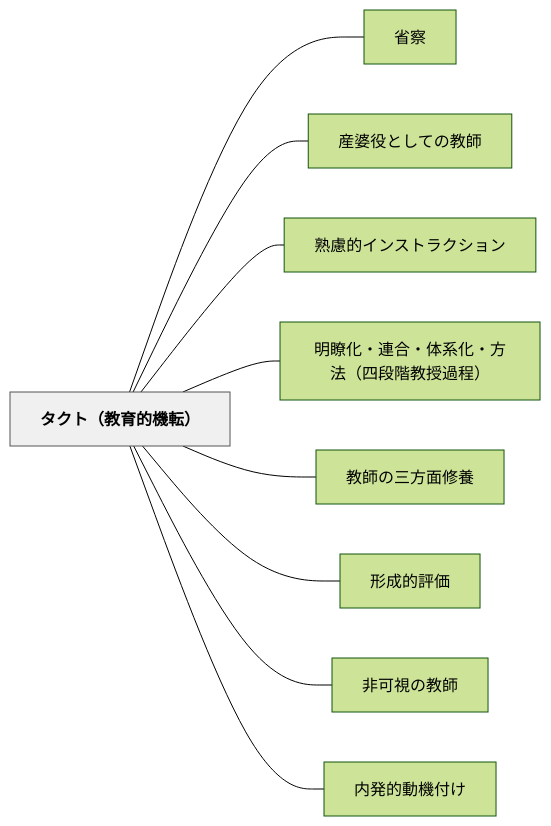
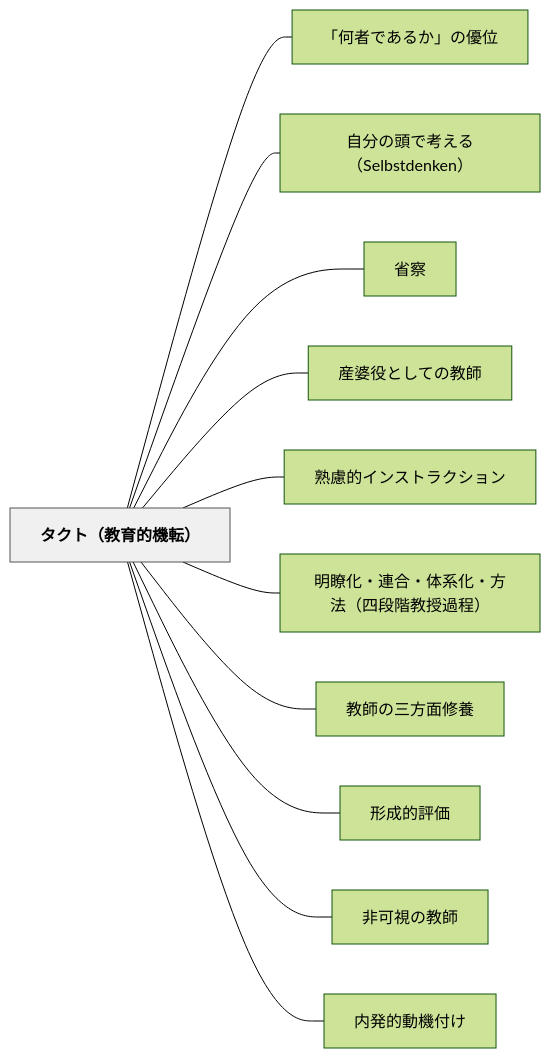
One commit to unknownthings-ed-patterns/unknownthings-ed-patterns changed the diagram in content/パタン/タクト（教育的機転）.md. Above: the diagram before and after it, drawn with Mermaid (forest theme). The commit also changed other lines of this file and 21 other files, not shown here.

````diff
--- a/content/パタン/タクト（教育的機転）.md
+++ b/content/パタン/タクト（教育的機転）.md
@@ -104,24 +104,28 @@
 ```mermaid
 flowchart LR
     ne382bfe382afe38388efbc88e69599e882b2e79a84e6a99fe8bba2efbc89["タクト（教育的機転）"]
+    ne3808ce4bd95e88085e381a7e38182e3828be3818be3808de381aee584aae4bd8d["「何者であるか」の優位"]
+    ne887aae58886e381aee9a0ade381a7e88083e38188e3828befbc8853656c62737464656e6b656eefbc89["自分の頭で考える（Selbstdenken）"]
     ne79c81e5af9f["省察"]
     ne794a3e5a986e5bdb9e381a8e38197e381a6e381aee69599e5b8ab["産婆役としての教師"]
     ne7869fe685aee79a84e382a4e383b3e382b9e38388e383a9e382afe382b7e383a7e383b3["熟慮的インストラクション"]
     ne6988ee79eade58c96e383bbe980a3e59088e383bbe4bd93e7b3bbe58c96e383bbe696b9e6b395efbc88e59b9be6aeb5e99a8ee69599e68e88e9818ee7a88befbc89["明瞭化・連合・体系化・方法（四段階教授過程）"]
     ne69599e5b8abe381aee4b889e696b9e99da2e4bfaee9a48a["教師の三方面修養"]
     ne5bda2e68890e79a84e8a995e4bea1["形成的評価"]
     ne99d9ee58fafe8a696e381aee69599e5b8ab["非可視の教師"]
     ne58685e799bae79a84e58b95e6a99fe4bb98e38191["内発的動機付け"]
 
+    ne382bfe382afe38388efbc88e69599e882b2e79a84e6a99fe8bba2efbc89 --- ne3808ce4bd95e88085e381a7e38182e3828be3818be3808de381aee584aae4bd8d
+    ne382bfe382afe38388efbc88e69599e882b2e79a84e6a99fe8bba2efbc89 --- ne887aae58886e381aee9a0ade381a7e88083e38188e3828befbc8853656c62737464656e6b656eefbc89
     ne382bfe382afe38388efbc88e69599e882b2e79a84e6a99fe8bba2efbc89 --- ne79c81e5af9f
     ne382bfe382afe38388efbc88e69599e882b2e79a84e6a99fe8bba2efbc89 --- ne794a3e5a986e5bdb9e381a8e38197e381a6e381aee69599e5b8ab
     ne382bfe382afe38388efbc88e69599e882b2e79a84e6a99fe8bba2efbc89 --- ne7869fe685aee79a84e382a4e383b3e382b9e38388e383a9e382afe382b7e383a7e383b3
     ne382bfe382afe38388efbc88e69599e882b2e79a84e6a99fe8bba2efbc89 --- ne6988ee79eade58c96e383bbe980a3e59088e383bbe4bd93e7b3bbe58c96e383bbe696b9e6b395efbc88e59b9be6aeb5e99a8ee69599e68e88e9818ee7a88befbc89
     ne382bfe382afe38388efbc88e69599e882b2e79a84e6a99fe8bba2efbc89 --- ne69599e5b8abe381aee4b889e696b9e99da2e4bfaee9a48a
     ne382bfe382afe38388efbc88e69599e882b2e79a84e6a99fe8bba2efbc89 --- ne5bda2e68890e79a84e8a995e4bea1
     ne382bfe382afe38388efbc88e69599e882b2e79a84e6a99fe8bba2efbc89 --- ne99d9ee58fafe8a696e381aee69599e5b8ab
     ne382bfe382afe38388efbc88e69599e882b2e79a84e6a99fe8bba2efbc89 --- ne58685e799bae79a84e58b95e6a99fe4bb98e38191
 
     classDef hub fill:#f0f0f0,stroke:#555,color:#000,font-weight:bold
     class ne382bfe382afe38388efbc88e69599e882b2e79a84e6a99fe8bba2efbc89 hub
 ```
````
